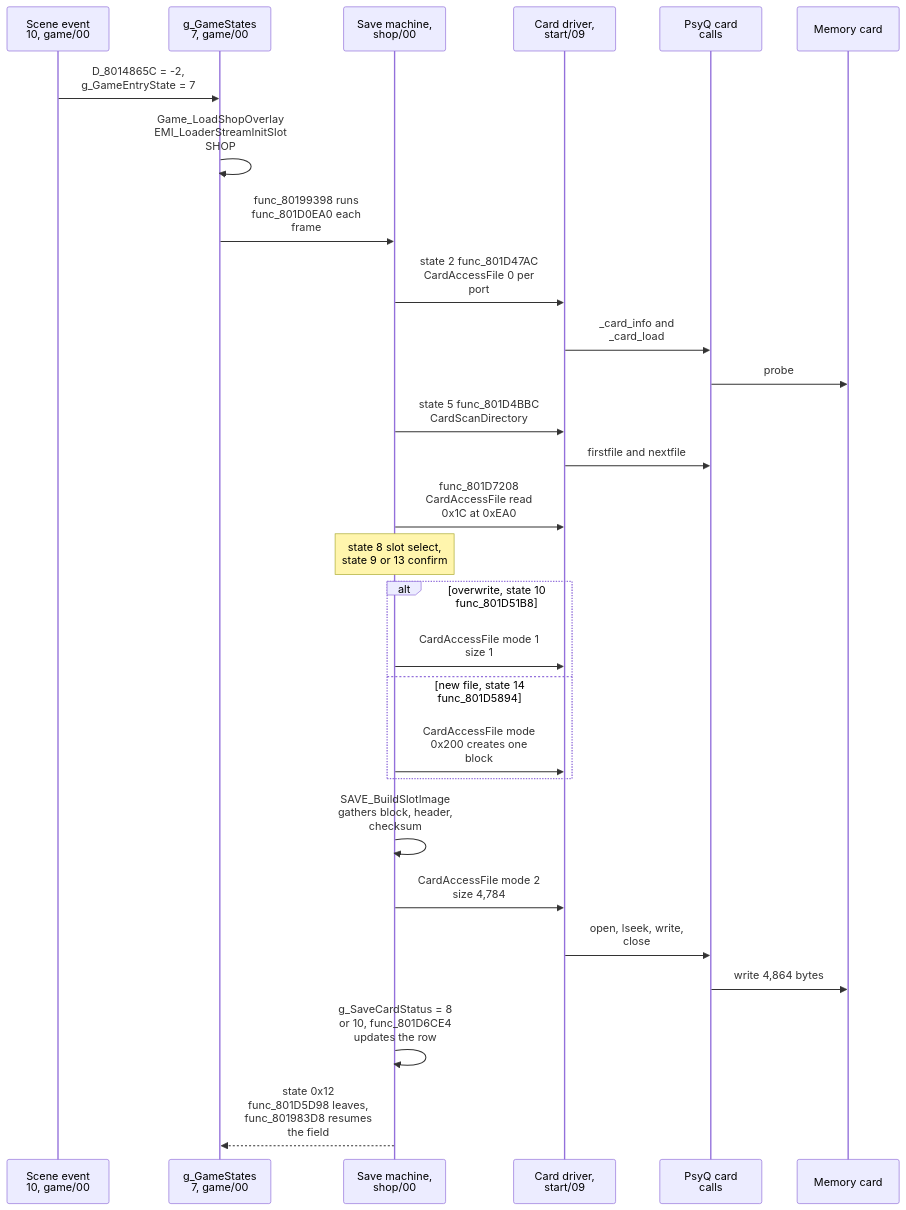
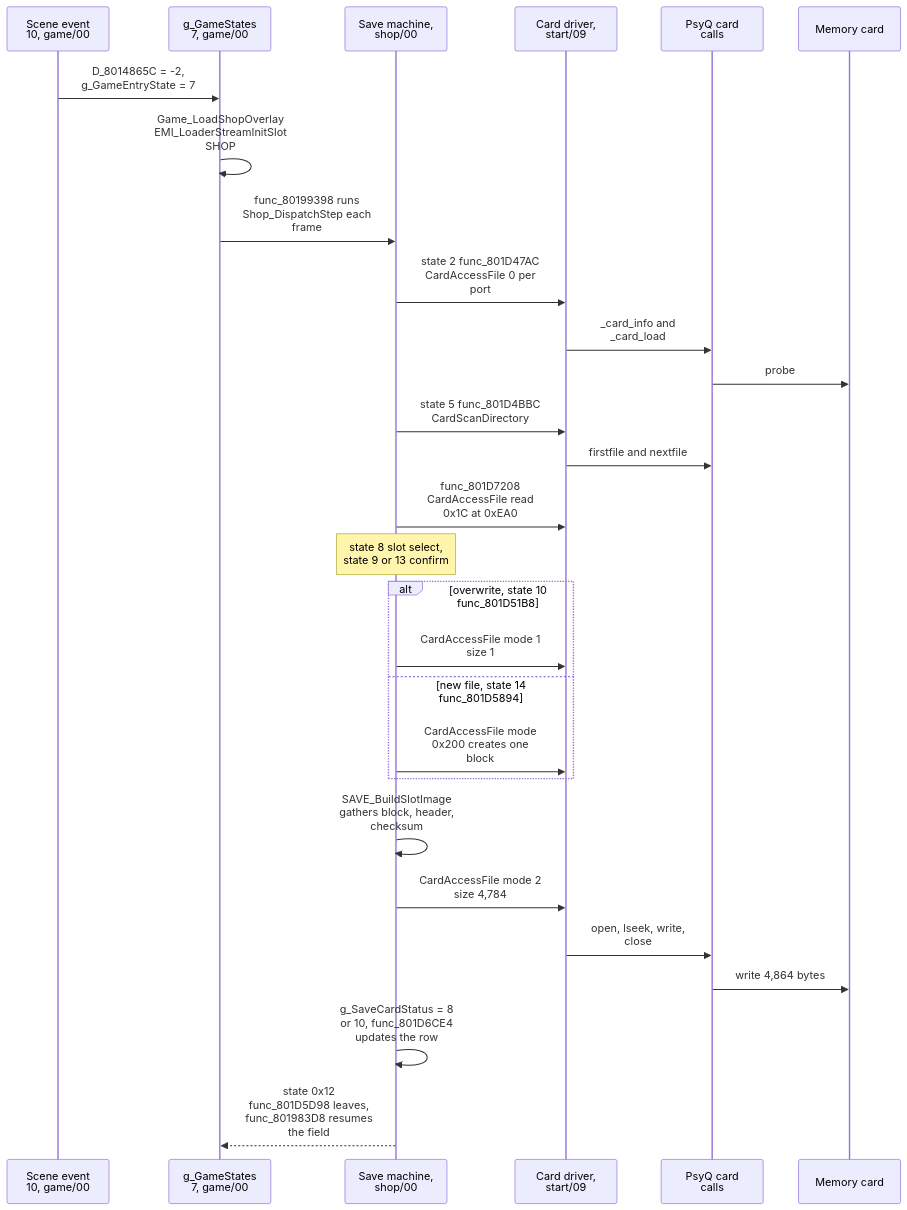
One commit to raulcorreia7/bof3-wiki changed the first of 2 diagrams in src/content/docs/systems/saving.md. Above: the diagram before and after it, drawn with Mermaid. The commit also changed other lines of this file and 20 other files, not shown here.

````diff
--- a/src/content/docs/systems/saving.md
+++ b/src/content/docs/systems/saving.md
@@ -32,31 +32,31 @@
 ```mermaid
 sequenceDiagram
     participant Ev as Scene event<br/>10, game/00
     participant Main as g_GameStates<br/>7, game/00
     participant Sav as Save machine,<br/>shop/00
     participant Drv as Card driver,<br/>start/09
     participant Bios as PsyQ card<br/>calls
     participant Card as Memory card
 
     Ev->>Main: D_8014865C = -2,<br/>g_GameEntryState = 7
     Main->>Main: Game_LoadShopOverlay<br/>EMI_LoaderStreamInitSlot<br/>SHOP
-    Main->>Sav: func_80199398 runs<br/>func_801D0EA0 each<br/>frame
+    Main->>Sav: func_80199398 runs<br/>Shop_DispatchStep each<br/>frame
     Sav->>Drv: state 2 func_801D47AC<br/>CardAccessFile 0 per<br/>port
     Drv->>Bios: _card_info and<br/>_card_load
     Bios->>Card: probe
     Sav->>Drv: state 5 func_801D4BBC<br/>CardScanDirectory
     Drv->>Bios: firstfile and nextfile
     Sav->>Drv: func_801D7208<br/>CardAccessFile read<br/>0x1C at 0xEA0
     Note over Sav: state 8 slot select,<br/>state 9 or 13 confirm
     alt overwrite, state 10<br/>func_801D51B8
         Sav->>Drv: CardAccessFile mode 1<br/>size 1
     else new file, state 14<br/>func_801D5894
         Sav->>Drv: CardAccessFile mode<br/>0x200 creates one<br/>block
     end
     Sav->>Sav: SAVE_BuildSlotImage<br/>gathers block, header,<br/>checksum
     Sav->>Drv: CardAccessFile mode 2<br/>size 4,784
     Drv->>Bios: open, lseek, write,<br/>close
     Bios->>Card: write 4,864 bytes
     Sav->>Sav: g_SaveCardStatus = 8<br/>or 10, func_801D6CE4<br/>updates the row
     Sav-->>Main: state 0x12<br/>func_801D5D98 leaves,<br/>func_801983D8 resumes<br/>the field
 ```
````
